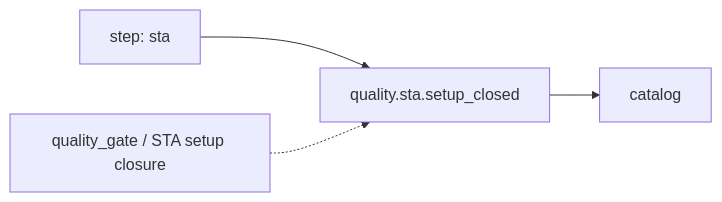
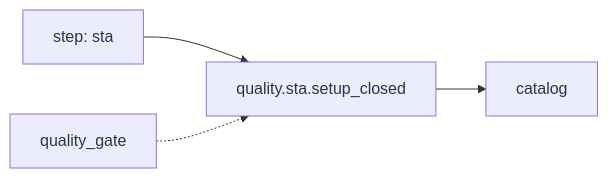
One commit to openecos-projects/ecc changed diagram 14 of 45 in .github/signoff-board/signoff-kanban.md. Above: the diagram before and after it, drawn with Mermaid. The commit also changed other lines of this file and 4 other files, not shown here.

````diff
--- a/.github/signoff-board/signoff-kanban.md
+++ b/.github/signoff-board/signoff-kanban.md
@@ -225,6 +389,6 @@
 ```mermaid
 flowchart LR
   step_quality_sta_setup_closed["step: sta"] --> metric_quality_sta_setup_closed["quality.sta.setup_closed"]
   metric_quality_sta_setup_closed --> state_quality_sta_setup_closed["catalog"]
-  catalog_quality_sta_setup_closed["quality_gate / STA setup closure"] -.-> metric_quality_sta_setup_closed
+  cat_quality_sta_setup_closed["quality_gate"] -.-> metric_quality_sta_setup_closed
 ```
````
